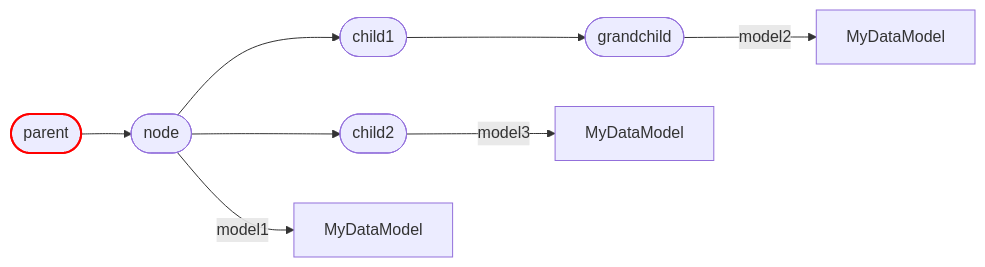
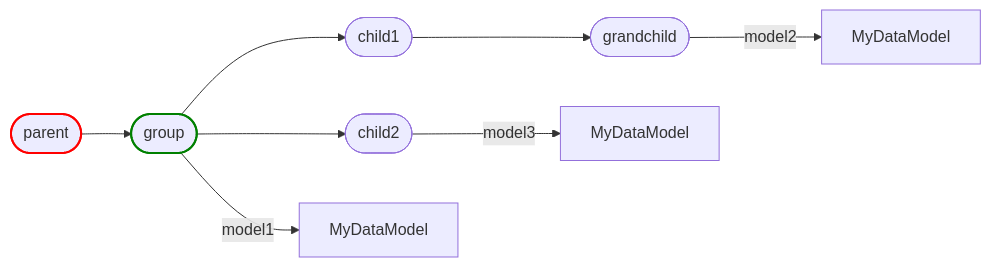
One commit to rmorshea/artigraph changed the seventh of 8 diagrams in docs/usage.md. Above: the diagram before and after it, drawn with Mermaid. The commit also changed other lines of this file and 9 other files, not shown here.

````diff
--- a/docs/usage.md
+++ b/docs/usage.md
@@ -427,21 +452,22 @@
 ```mermaid
 graph LR
     p([parent])
-    n([node])
+    n([group])
     c1([child1])
     c2([child2])
     g([grandchild])
     m1[MyDataModel]
     m2[MyDataModel]
     m3[MyDataModel]
 
+    style n stroke:green,stroke-width:2px
     style p stroke:red,stroke-width:2px
 
     p --> n
     n --> |model1| m1
     n --> c1
     n --> c2
     c1 --> g
     g --> |model2| m2
     c2 --> |model3| m3
 ```
````
